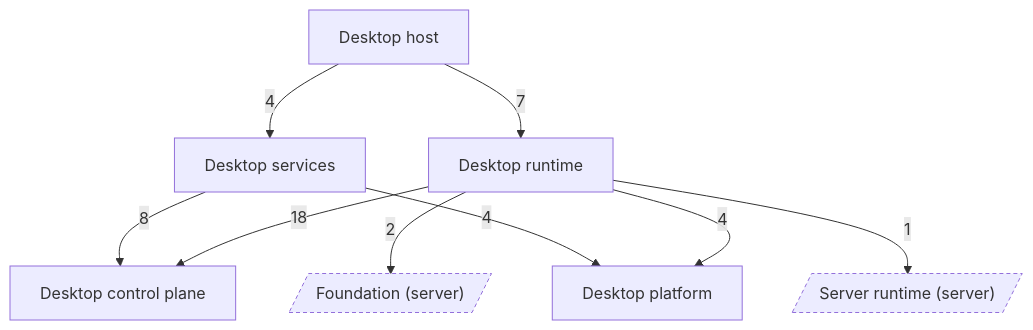
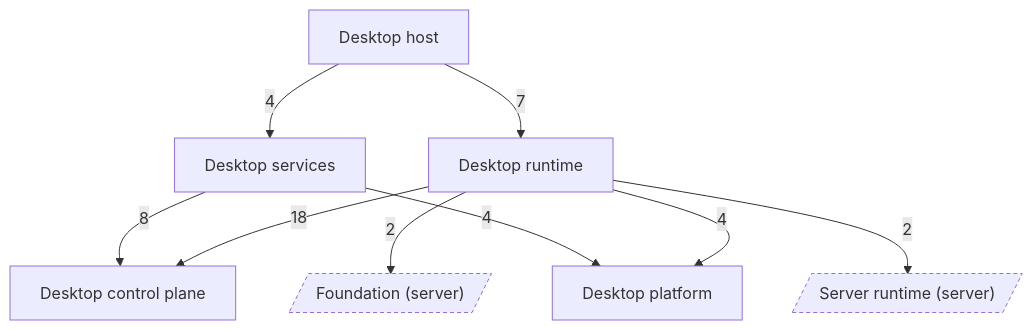
One commit to EdwinZhanCN/Lumilio-Photos changed the diagram in docs/atlas/generated/architecture/desktop-groups.md. Above: the diagram before and after it, drawn with Mermaid. The commit also changed other lines of this file and 36 other files, not shown here.

````diff
--- a/docs/atlas/generated/architecture/desktop-groups.md
+++ b/docs/atlas/generated/architecture/desktop-groups.md
@@ -9,20 +9,20 @@
 ```mermaid
 flowchart TB
     n_desktop_platform["Desktop platform"]
     n_desktop_control["Desktop control plane"]
     n_desktop_services["Desktop services"]
     n_desktop_runtime["Desktop runtime"]
     n_desktop_host["Desktop host"]
     n_foundation[/"Foundation (server)"/]
     n_runtime[/"Server runtime (server)"/]
     n_desktop_host -->|"7"| n_desktop_runtime
     n_desktop_host -->|"4"| n_desktop_services
     n_desktop_runtime -->|"18"| n_desktop_control
     n_desktop_runtime -->|"4"| n_desktop_platform
     n_desktop_runtime -->|"2"| n_foundation
-    n_desktop_runtime -->|"1"| n_runtime
+    n_desktop_runtime -->|"2"| n_runtime
     n_desktop_services -->|"8"| n_desktop_control
     n_desktop_services -->|"4"| n_desktop_platform
     classDef external stroke-dasharray:4 3
     class n_foundation,n_runtime external
 ```
````
